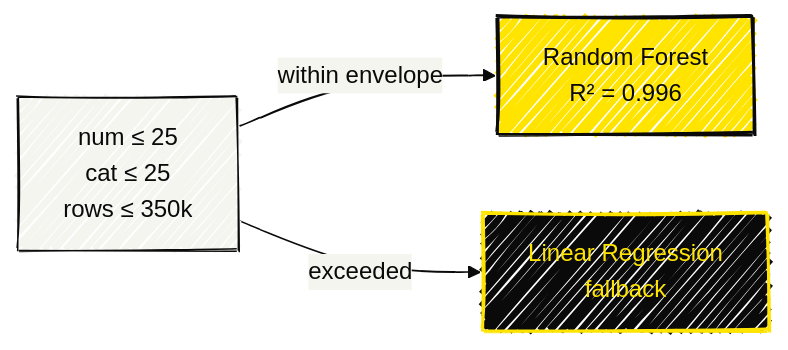
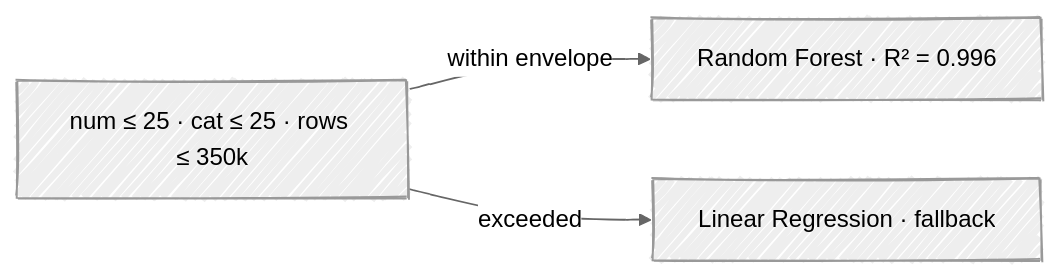
The diagram in docs/MODEL_CARD.md (lukasgro63/hollerithengeryml), drawn with Mermaid before and after one commit. The commit also changed 2 other files, not shown here.

Commit message:
Simplify Mermaid diagrams to neutral handDrawn theme
Custom brand colors were unreadable in GitHub dark mode. Switched all
diagrams to theme: neutral with no style overrides — clean Excalidraw
look that works in both light and dark mode.

````diff
--- a/docs/MODEL_CARD.md
+++ b/docs/MODEL_CARD.md
@@ -31,13 +31,9 @@
 ```mermaid
-%%{init: {'look': 'handDrawn', 'theme': 'base', 'themeVariables': {'primaryColor': '#FFE400', 'primaryTextColor': '#0a0a0a', 'primaryBorderColor': '#0a0a0a', 'lineColor': '#0a0a0a', 'secondaryColor': '#f5f5f0'}}}%%
+%%{init: {'look': 'handDrawn', 'theme': 'neutral'}}%%
 graph LR
-    input["num ≤ 25<br/>cat ≤ 25<br/>rows ≤ 350k"]
-    rf["Random Forest<br/>R² = 0.996"]
-    lr["Linear Regression<br/>fallback"]
-    input -->|within envelope| rf
-    input -->|exceeded| lr
-
-    style input fill:#f5f5f0,stroke:#0a0a0a,stroke-width:1px
-    style rf fill:#FFE400,stroke:#0a0a0a,stroke-width:2px,color:#0a0a0a
-    style lr fill:#0a0a0a,stroke:#FFE400,stroke-width:2px,color:#FFE400
+    input[num ≤ 25 · cat ≤ 25 · rows ≤ 350k]
+    rf[Random Forest · R² = 0.996]
+    lr[Linear Regression · fallback]
+    input -- within envelope --> rf
+    input -- exceeded --> lr
 ```
````
